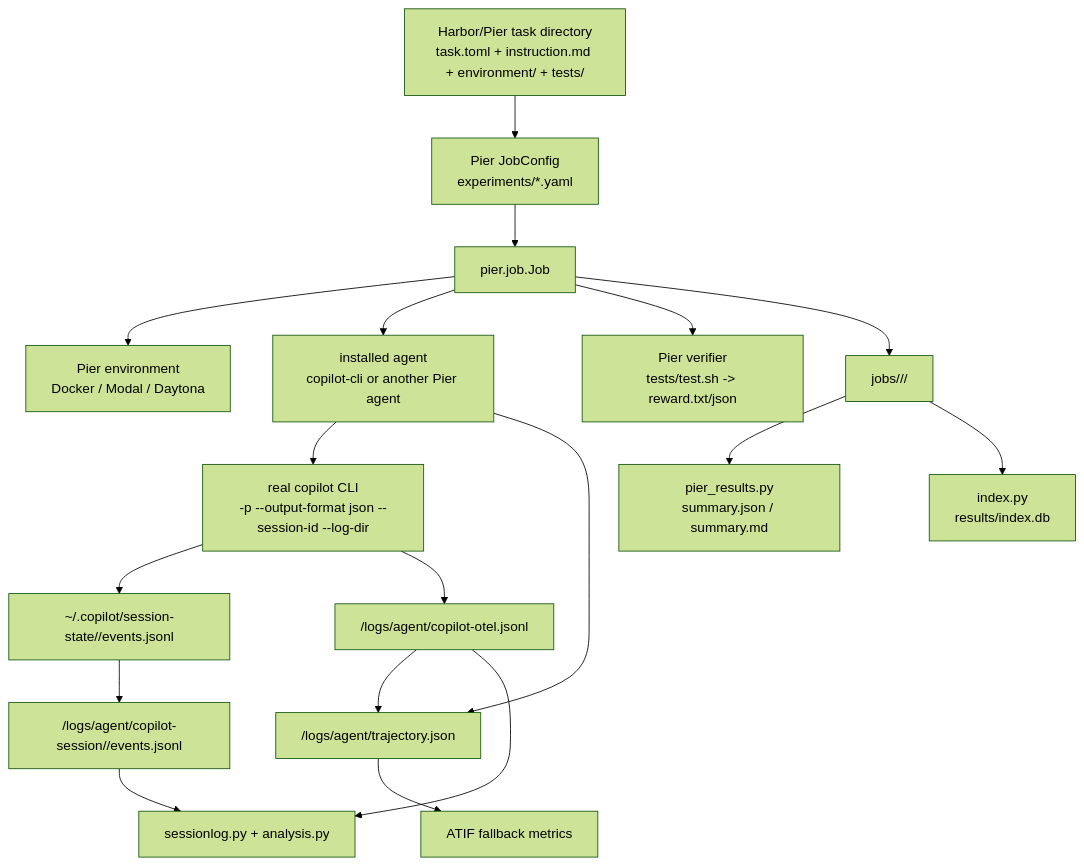
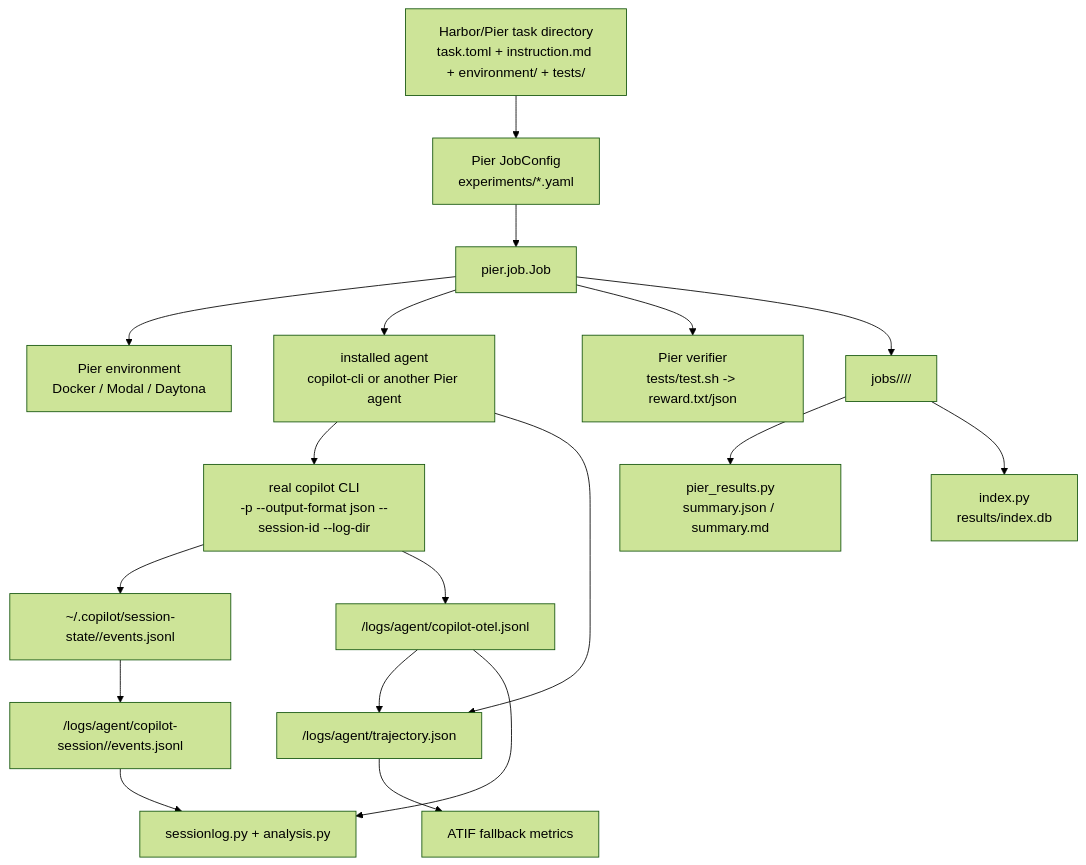
One commit to dbroeglin/github-copilot-lab changed the diagram in docs/architecture.md. Above: the diagram before and after it, drawn with Mermaid (forest theme). The commit also changed other lines of this file and 20 other files, not shown here.

````diff
--- a/docs/architecture.md
+++ b/docs/architecture.md
@@ -9,20 +9,20 @@
 ```mermaid
 flowchart TD
     TASK["Harbor/Pier task directory\ntask.toml + instruction.md + environment/ + tests/"] --> CFG["Pier JobConfig\nexperiments/*.yaml"]
     CFG --> JOB["pier.job.Job"]
     JOB --> ENV["Pier environment\nDocker / Modal / Daytona"]
     JOB --> AGENT["installed agent\ncopilot-cli or another Pier agent"]
     AGENT --> CLI["real copilot CLI\n-p --output-format json --session-id --log-dir"]
     CLI --> STATE["~/.copilot/session-state/<id>/events.jsonl"]
     CLI --> OTEL["/logs/agent/copilot-otel.jsonl"]
     STATE --> EVENTS["/logs/agent/copilot-session/<id>/events.jsonl"]
     AGENT --> ATIF["/logs/agent/trajectory.json"]
     OTEL --> ATIF
     JOB --> VERIFY["Pier verifier\ntests/test.sh -> reward.txt/json"]
-    JOB --> OUT["jobs/<job>/<trial>/"]
+    JOB --> OUT["jobs/<job>/<run-id>/<trial>/"]
     EVENTS --> ANALYSIS["sessionlog.py + analysis.py"]
     OTEL --> ANALYSIS
     ATIF --> FALLBACK["ATIF fallback metrics"]
     OUT --> SUMMARY["pier_results.py\nsummary.json / summary.md"]
     OUT --> INDEX["index.py\nresults/index.db"]
 ```
````
